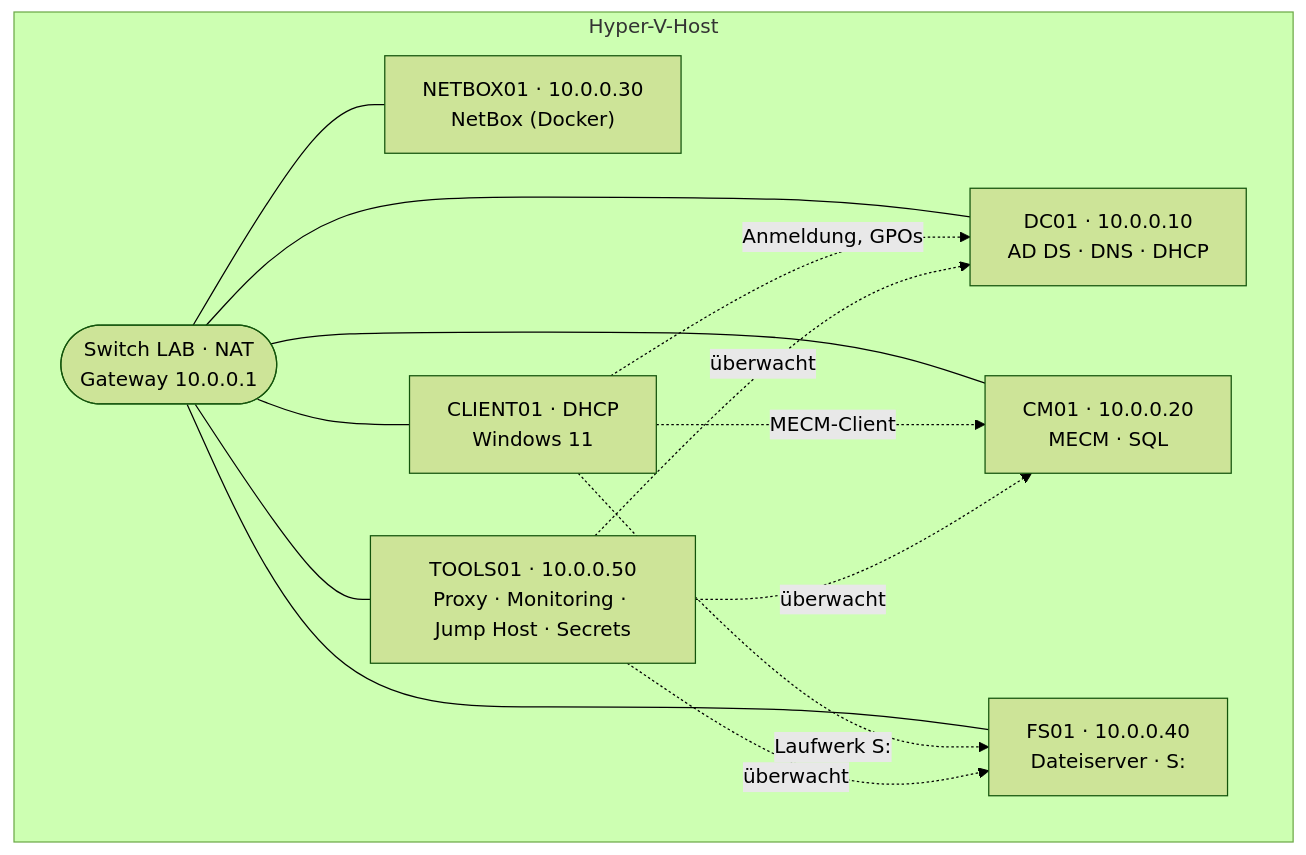
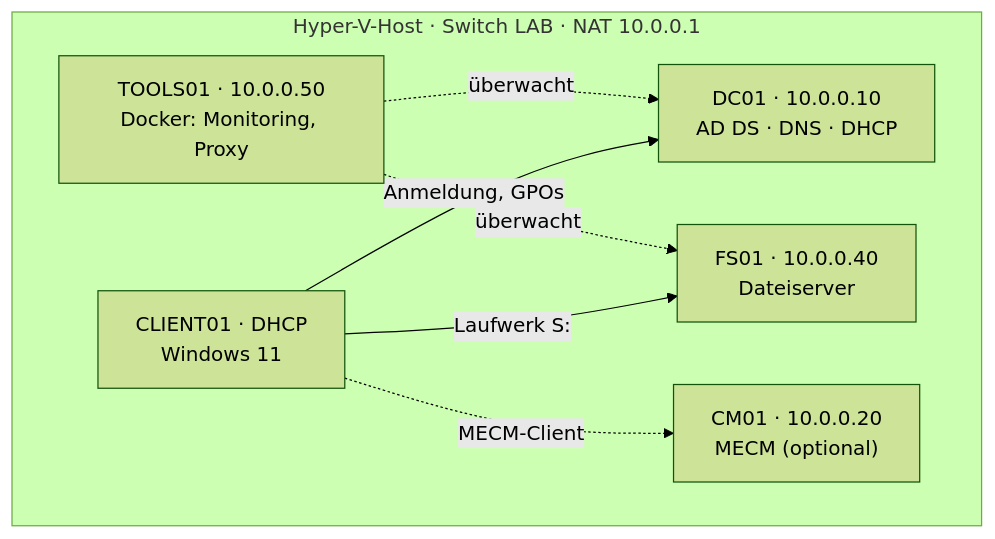
One commit to timooschwarz/homelab changed the diagram in README.md. Above: the diagram before and after it, drawn with Mermaid (forest theme). The commit also changed other lines of this file and 18 other files, not shown here.

````diff
--- a/README.md
+++ b/README.md
@@ -21,18 +9,16 @@
 ```mermaid
 flowchart LR
-    subgraph Host["Hyper-V-Host"]
+    subgraph Host["Hyper-V-Host · Switch LAB · NAT 10.0.0.1"]
         direction LR
-        NAT(["Switch LAB · NAT<br/>Gateway 10.0.0.1"])
         DC01["DC01 · 10.0.0.10<br/>AD DS · DNS · DHCP"]
-        CM01["CM01 · 10.0.0.20<br/>MECM · SQL"]
-        NB["NETBOX01 · 10.0.0.30<br/>NetBox (Docker)"]
-        FS01["FS01 · 10.0.0.40<br/>Dateiserver · S:"]
-        T01["TOOLS01 · 10.0.0.50<br/>Proxy · Monitoring · Jump Host · Secrets"]
+        FS01["FS01 · 10.0.0.40<br/>Dateiserver"]
         C01["CLIENT01 · DHCP<br/>Windows 11"]
+        T01["TOOLS01 · 10.0.0.50<br/>Docker: Monitoring, Proxy"]
+        CM01["CM01 · 10.0.0.20<br/>MECM (optional)"]
     end
-    NAT --- DC01 & CM01 & NB & FS01 & T01 & C01
-    C01 -. "Anmeldung, GPOs" .-> DC01
-    C01 -. "Laufwerk S:" .-> FS01
+    C01 -- "Anmeldung, GPOs" --> DC01
+    C01 -- "Laufwerk S:" --> FS01
+    T01 -. "überwacht" .-> DC01
+    T01 -. "überwacht" .-> FS01
     C01 -. "MECM-Client" .-> CM01
-    T01 -. "überwacht" .-> DC01 & FS01 & CM01
 ```
````
